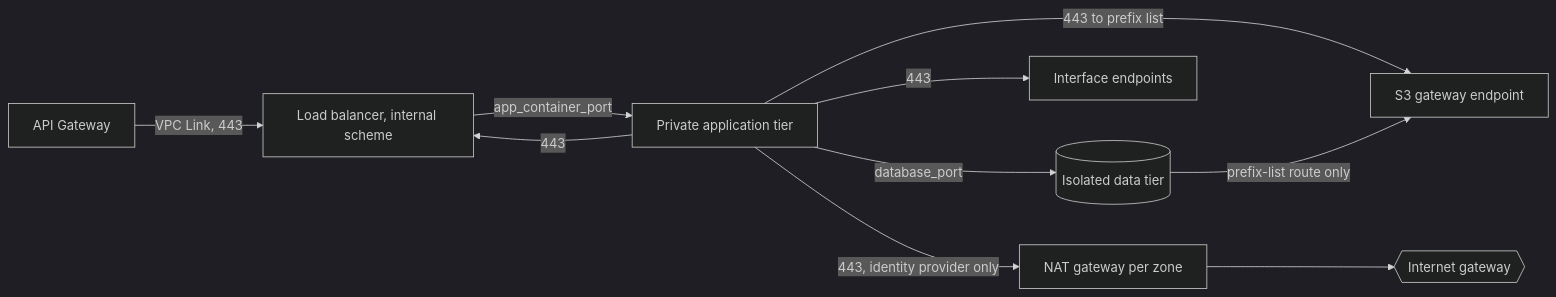
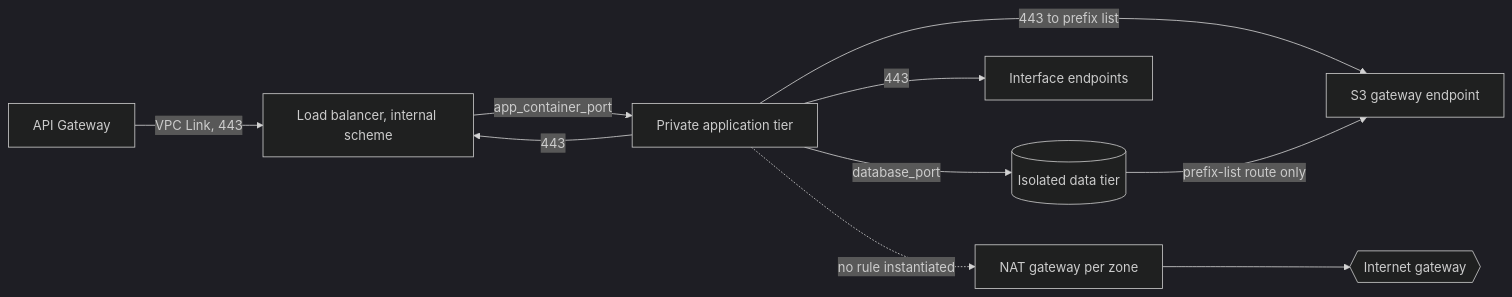
The diagram in infra/modules/network/README.md (Blitzy-LocalStack/aws-mainframe-modernization-carddemo), drawn with Mermaid (dark theme) before and after one commit. The commit also changed other lines of this file and 544 other files, not shown here.

````diff
--- a/infra/modules/network/README.md
+++ b/infra/modules/network/README.md
@@ -56,12 +56,12 @@
 ```mermaid
 graph LR
     API[API Gateway] -->|VPC Link, 443| ALB[Load balancer, internal scheme]
     ALB -->|app_container_port| APP[Private application tier]
     APP -->|443| ALB
     APP -->|database_port| DB[(Isolated data tier)]
     APP -->|443| EP[Interface endpoints]
     APP -->|443 to prefix list| S3[S3 gateway endpoint]
     DB -->|prefix-list route only| S3
-    APP -->|443, identity provider only| NAT[NAT gateway per zone]
+    APP -.->|no rule instantiated| NAT[NAT gateway per zone]
     NAT --> IGW{{Internet gateway}}
 ```
````
